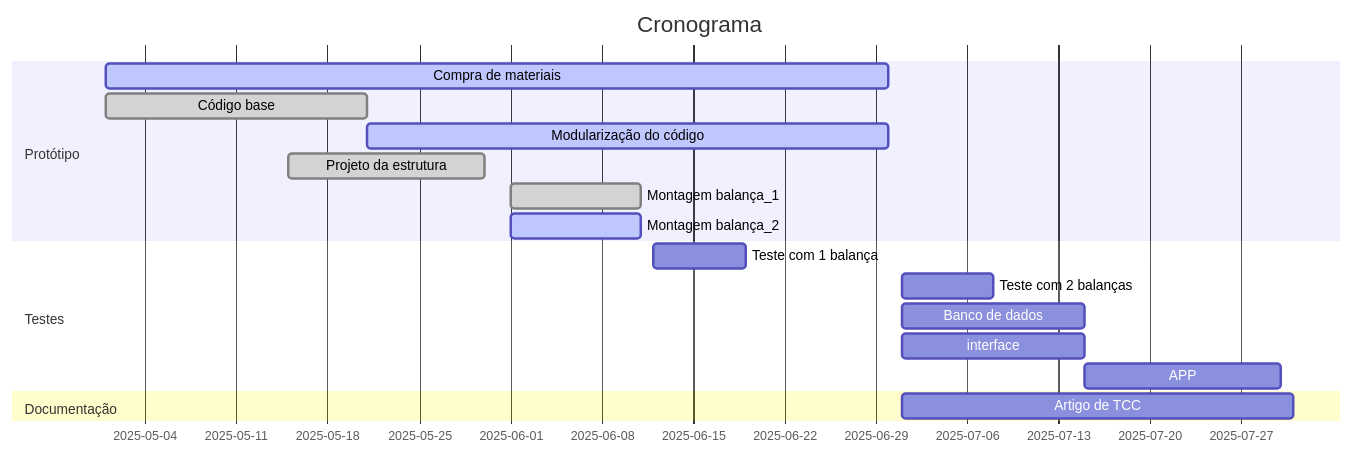
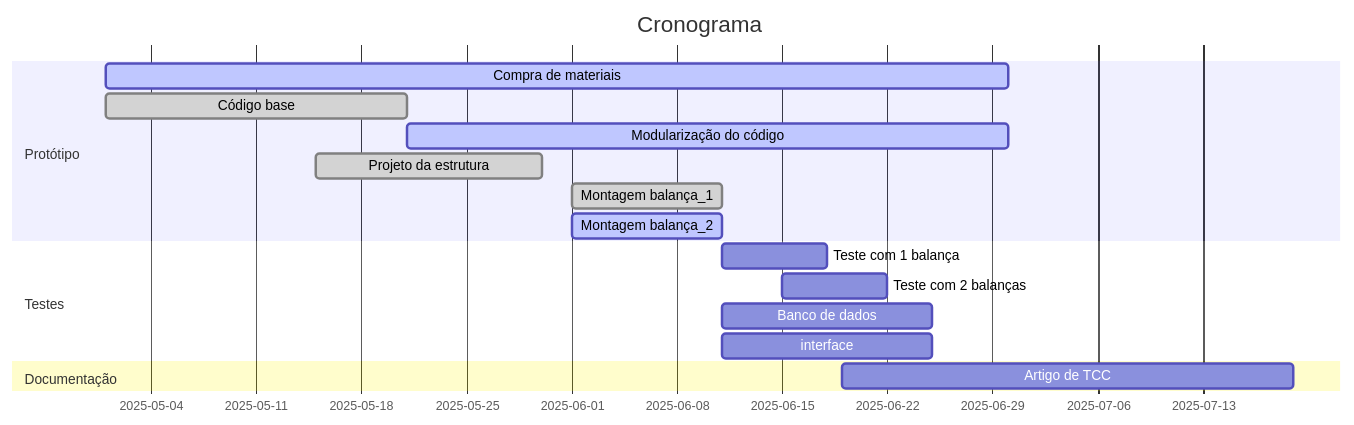
Before and after one commit to marcilioc/fluidmess: the diagram in gestao/Diagrama de Gantt.md, drawn with Mermaid.

Commit message:
Update Diagrama de Gantt.md

````diff
--- a/gestao/Diagrama de Gantt.md
+++ b/gestao/Diagrama de Gantt.md
@@ -3,21 +3,20 @@
 ``` mermaid
 gantt
     title Cronograma
     dateFormat  YYYY-MM-DD
     section Protótipo
     Compra de materiais         :active, 2025-05-01, 60d
     Código base                 :done, 2025-05-01, 20d
     Modularização do código     :active, 2025-05-21, 40d
     Projeto da estrutura        :done, 2025-05-15, 15d
     Montagem balança_1          :done, 2025-06-01, 10d
     Montagem balança_2          :active, 2025-06-01, 10d
     section Testes
-    Teste com 1 balança          :, 2025-06-12, 7d
-    Teste com 2 balanças         :, 2025-07-01, 7d
-    Banco de dados               :, 2025-07-01, 14d
-    interface                    :, 2025-07-01, 14d
-    APP                          :, 2025-07-15, 15d
+    Teste com 1 balança          :, 2025-06-11, 7d
+    Teste com 2 balanças         :, 2025-06-15, 7d
+    Banco de dados               :, 2025-06-11, 14d
+    interface                    :, 2025-06-11, 14d
 
     section Documentação
-    Artigo de TCC                     :2025-07-01, 30d
+    Artigo de TCC                     :2025-06-19, 30d
 ```
````
